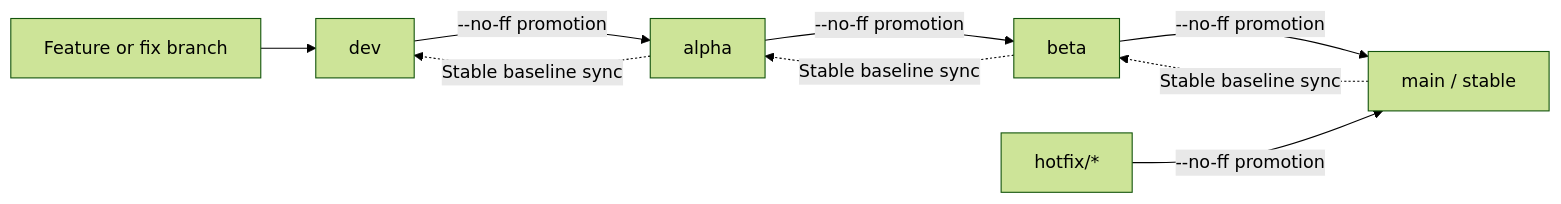
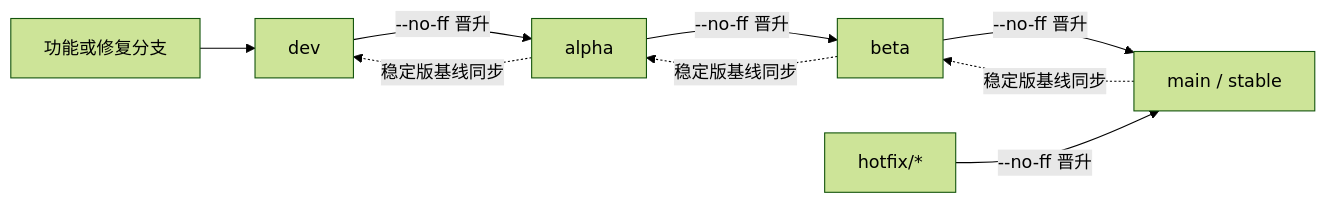
Before and after one commit to MinecraftSTL/XYML: the diagram in docs/ReleaseSchedule.md, drawn with Mermaid (forest theme). The commit also changed other lines of this file and 32 other files, not shown here.

````diff
--- a/docs/ReleaseSchedule.md
+++ b/docs/ReleaseSchedule.md
@@ -62,11 +59,11 @@
 ```mermaid
 flowchart LR
-    F["Feature or fix branch"] --> D["dev"]
-    D -->|"--no-ff promotion"| A["alpha"]
-    A -->|"--no-ff promotion"| B["beta"]
-    B -->|"--no-ff promotion"| S["main / stable"]
-    H["hotfix/*"] -->|"--no-ff promotion"| S
-    S -. "Stable baseline sync" .-> B
-    B -. "Stable baseline sync" .-> A
-    A -. "Stable baseline sync" .-> D
+    F["功能或修复分支"] --> D["dev"]
+    D -->|"--no-ff 晋升"| A["alpha"]
+    A -->|"--no-ff 晋升"| B["beta"]
+    B -->|"--no-ff 晋升"| S["main / stable"]
+    H["hotfix/*"] -->|"--no-ff 晋升"| S
+    S -. "稳定版基线同步" .-> B
+    B -. "稳定版基线同步" .-> A
+    A -. "稳定版基线同步" .-> D
 ```
````
